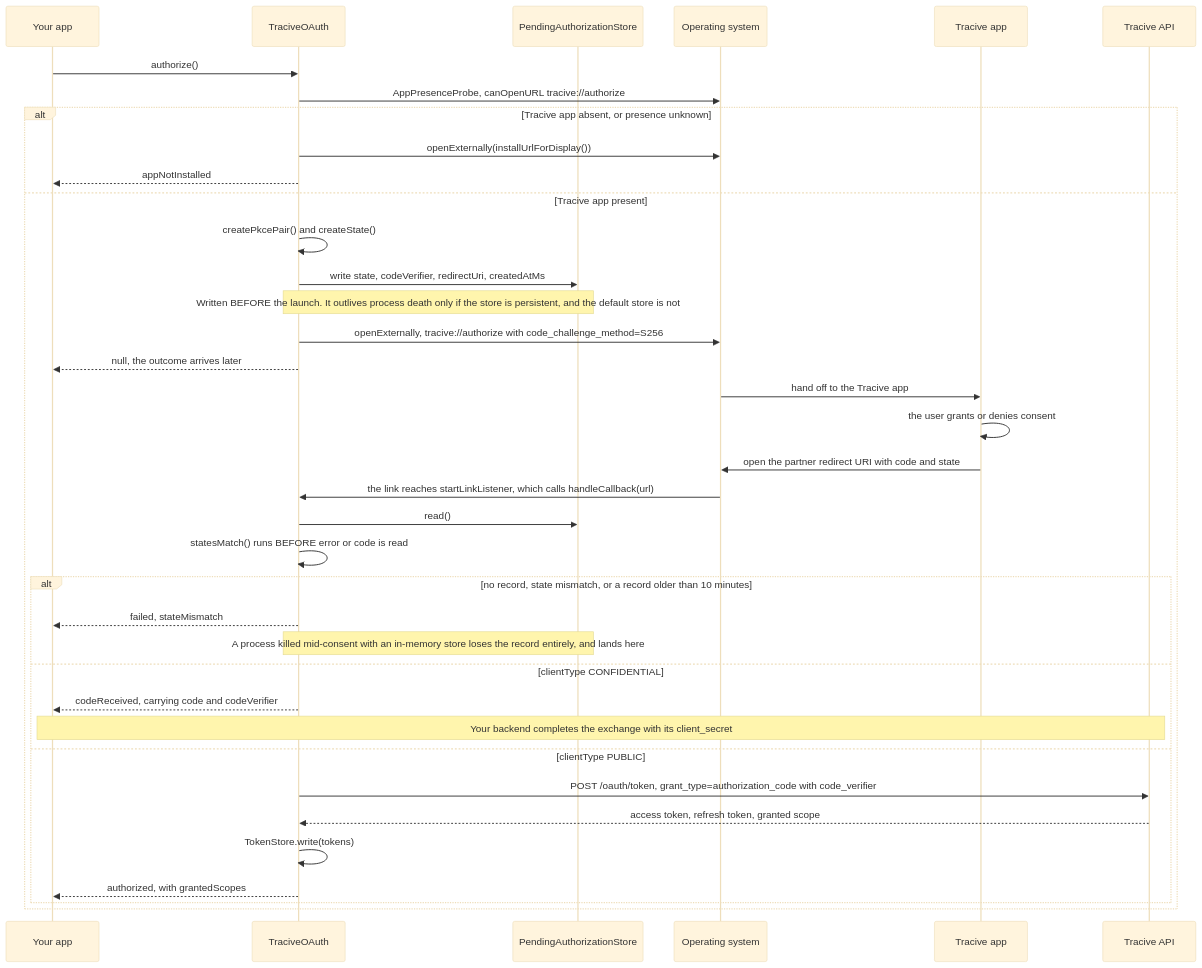
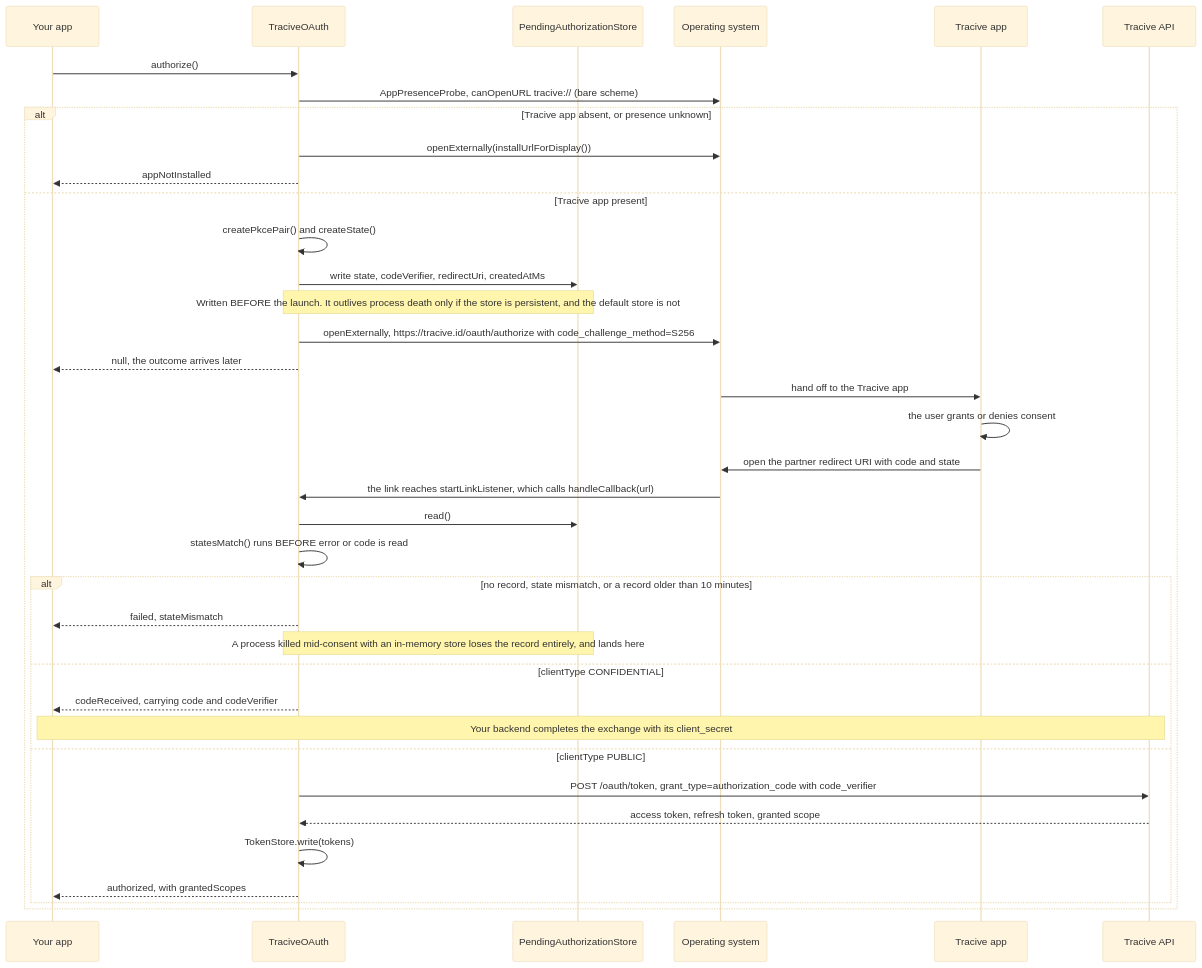
One commit to pleistocent/tracive-sdk-react-native changed the second of 6 diagrams in docs/architecture.md. Above: the diagram before and after it, drawn with Mermaid (base theme). The commit also changed other lines of this file and 3 other files, not shown here.

First line of the commit message:
docs: show the URLs the SDK actually opens, and both probe schemes

````diff
--- a/docs/architecture.md
+++ b/docs/architecture.md
@@ -91,40 +91,40 @@
 ```mermaid
 sequenceDiagram
     participant App as Your app
     participant SDK as TraciveOAuth
     participant Store as PendingAuthorizationStore
     participant OS as Operating system
     participant Tracive as Tracive app
     participant Api as Tracive API
 
     App->>SDK: authorize()
-    SDK->>OS: AppPresenceProbe, canOpenURL tracive://authorize
+    SDK->>OS: AppPresenceProbe, canOpenURL tracive:// (bare scheme)
     alt Tracive app absent, or presence unknown
         SDK->>OS: openExternally(installUrlForDisplay())
         SDK-->>App: appNotInstalled
     else Tracive app present
         SDK->>SDK: createPkcePair() and createState()
         SDK->>Store: write state, codeVerifier, redirectUri, createdAtMs
         Note over SDK,Store: Written BEFORE the launch. It outlives process death only if the store is persistent, and the default store is not
-        SDK->>OS: openExternally, tracive://authorize with code_challenge_method=S256
+        SDK->>OS: openExternally, https://tracive.id/oauth/authorize with code_challenge_method=S256
         SDK-->>App: null, the outcome arrives later
         OS->>Tracive: hand off to the Tracive app
         Tracive->>Tracive: the user grants or denies consent
         Tracive->>OS: open the partner redirect URI with code and state
         OS->>SDK: the link reaches startLinkListener, which calls handleCallback(url)
         SDK->>Store: read()
         SDK->>SDK: statesMatch() runs BEFORE error or code is read
         alt no record, state mismatch, or a record older than 10 minutes
             SDK-->>App: failed, stateMismatch
             Note over SDK,Store: A process killed mid-consent with an in-memory store loses the record entirely, and lands here
         else clientType CONFIDENTIAL
             SDK-->>App: codeReceived, carrying code and codeVerifier
             Note over App,Api: Your backend completes the exchange with its client_secret
         else clientType PUBLIC
             SDK->>Api: POST /oauth/token, grant_type=authorization_code with code_verifier
             Api-->>SDK: access token, refresh token, granted scope
             SDK->>SDK: TokenStore.write(tokens)
             SDK-->>App: authorized, with grantedScopes
         end
     end
 ```
````
